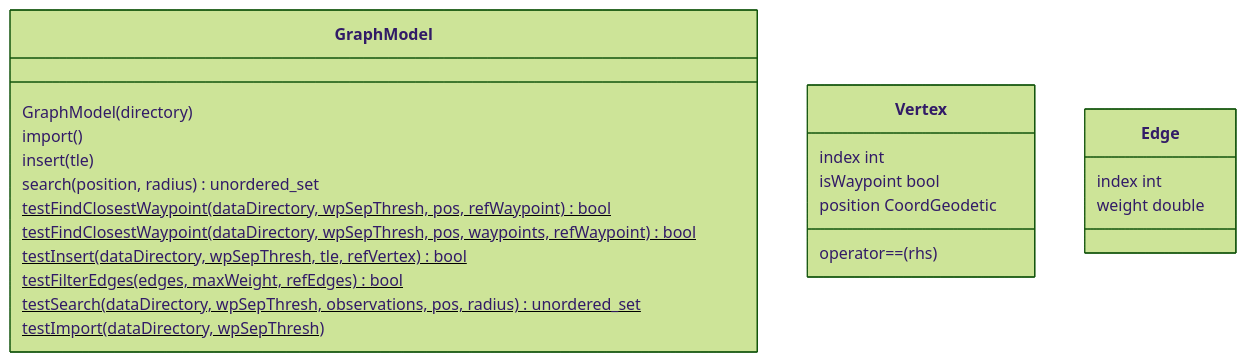
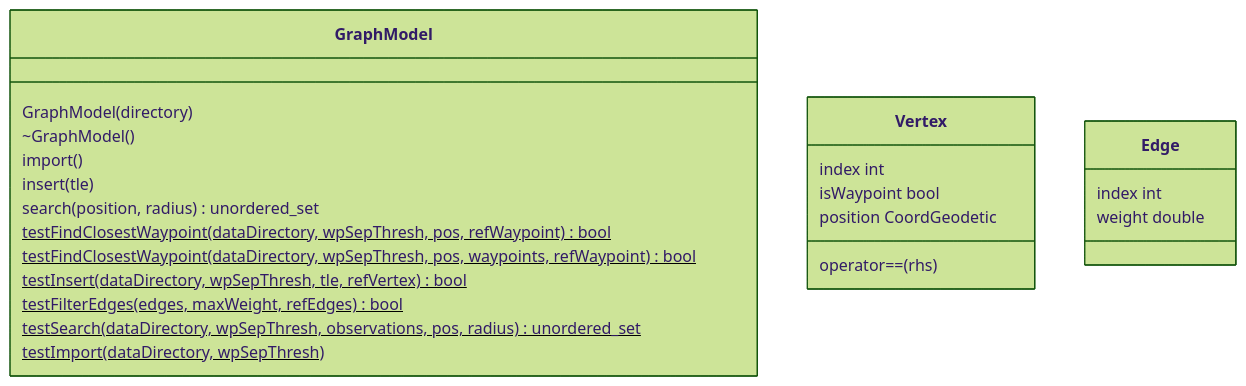
One commit to brosenthal140/satellite-coverage-tracker changed the fifth of 12 diagrams in README.md. Above: the diagram before and after it, drawn with Mermaid (forest theme). The commit also changed other lines of this file and 2 other files, not shown here.

Commit message:
- feat: adds declaration for runCLI() method - feat: adds definition for the _initModel() method - docs: updates README.md

````diff
--- a/README.md
+++ b/README.md
@@ -141,25 +139,26 @@
 ```mermaid
 classDiagram
 class GraphModel {
     GraphModel(directory)
+    ~GraphModel()
     import()
     insert(tle)
     search(position, radius) unordered_set<int>
     testFindClosestWaypoint(dataDirectory, wpSepThresh, pos, refWaypoint)$ bool
     testFindClosestWaypoint(dataDirectory, wpSepThresh, pos, waypoints, refWaypoint)$ bool
     testInsert(dataDirectory, wpSepThresh, tle, refVertex)$ bool
     testFilterEdges(edges, maxWeight, refEdges)$ bool
     testSearch(dataDirectory, wpSepThresh, observations, pos, radius)$ unordered_set<int>
     testImport(dataDirectory, wpSepThresh)$ 
 }
 class Vertex {
     index int
     isWaypoint bool
     position CoordGeodetic
     operator==(rhs)
 }
 class Edge {
     index int
     weight double
 }
 ```
````
